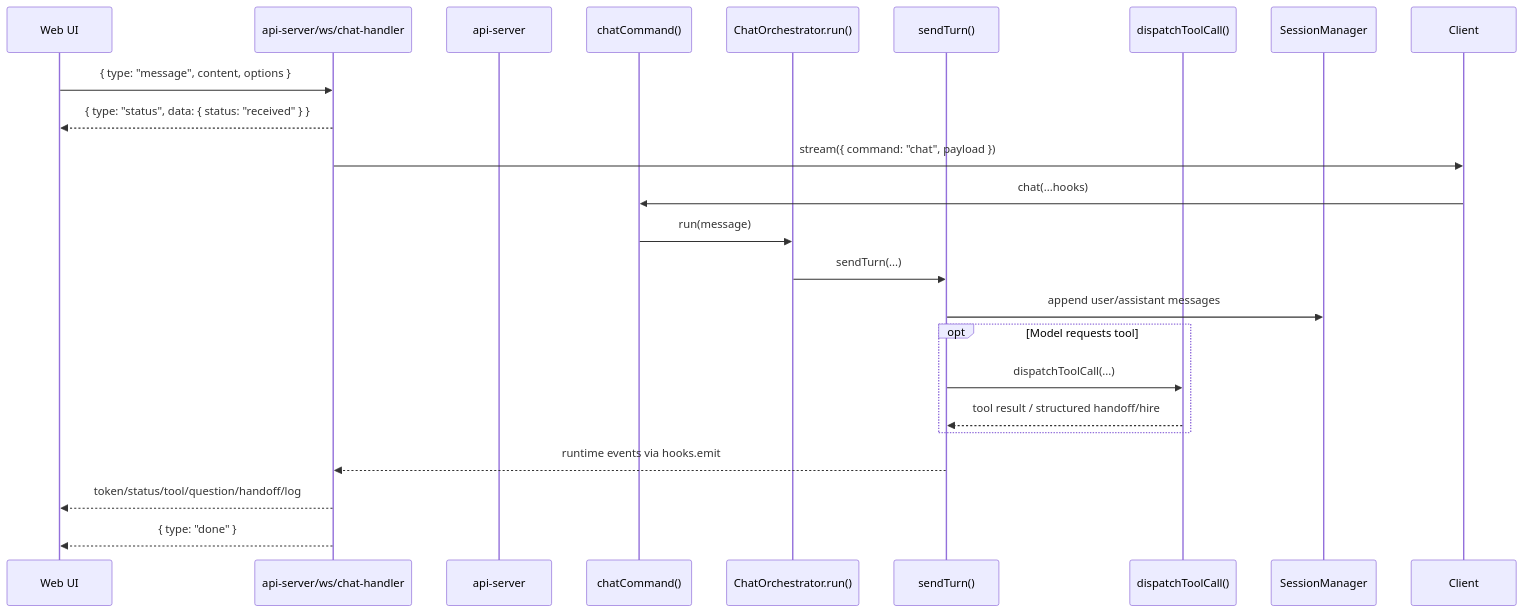
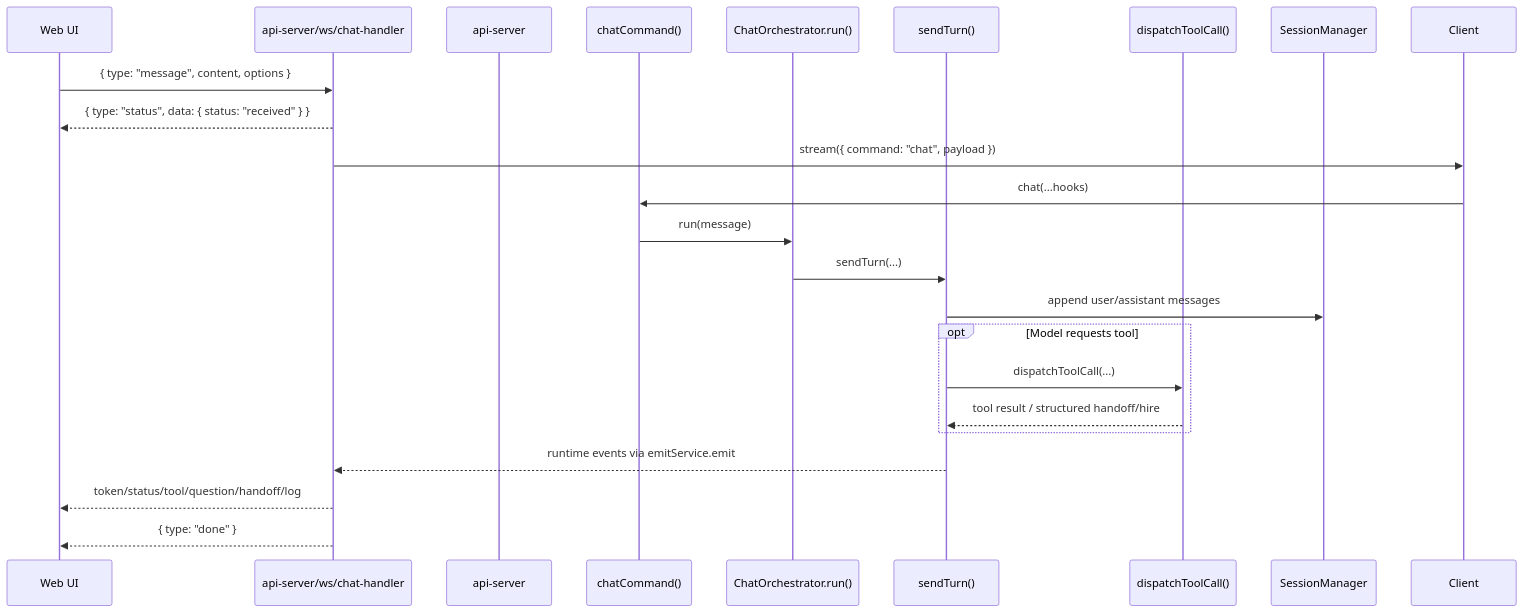
One commit to cmeierost/ai-team changed the second of 2 diagrams in docs/architecture/overview.md. Above: the diagram before and after it, drawn with Mermaid. The commit also changed other lines of this file and 220 other files, not shown here.

````diff
--- a/docs/architecture/overview.md
+++ b/docs/architecture/overview.md
@@ -191,26 +250,26 @@
 ```mermaid
 sequenceDiagram
   participant UI as Web UI
   participant WS as api-server/ws/chat-handler
   participant API as api-server
   participant Cmd as chatCommand()
   participant Orch as ChatOrchestrator.run()
   participant Turn as sendTurn()
   participant Tools as dispatchToolCall()
   participant Store as SessionManager
 
   UI->>WS: { type: "message", content, options }
   WS-->>UI: { type: "status", data: { status: "received" } }
   WS->>Client: stream({ command: "chat", payload })
   Client->>Cmd: chat(...hooks)
   Cmd->>Orch: run(message)
   Orch->>Turn: sendTurn(...)
   Turn->>Store: append user/assistant messages
   opt Model requests tool
     Turn->>Tools: dispatchToolCall(...)
     Tools-->>Turn: tool result / structured handoff/hire
   end
-  Turn-->>WS: runtime events via hooks.emit
+  Turn-->>WS: runtime events via emitService.emit
   WS-->>UI: token/status/tool/question/handoff/log
   WS-->>UI: { type: "done" }
 ```
````
